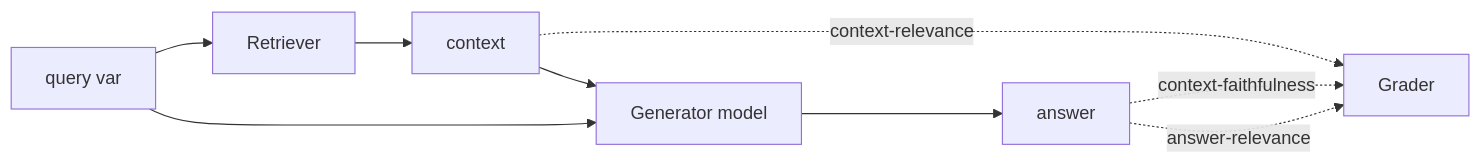
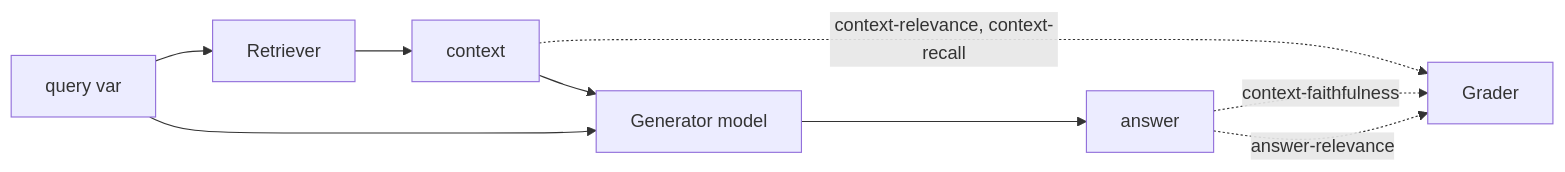
Diagram 23 of 37 in README.md (TheLearningHubOrg/learn-promptfoo), drawn with Mermaid before and after one commit. The commit also changed other lines of this file and 18 other files, not shown here.

````diff
--- a/README.md
+++ b/README.md
@@ -1707,11 +2236,11 @@
 ```mermaid
 flowchart LR
     Q["query var"] --> RET["Retriever"]
     RET --> CTX["context"]
     CTX --> GEN["Generator model"]
     Q --> GEN
     GEN --> ANS["answer"]
-    CTX -. context-relevance .-> J["Grader"]
+    CTX -. context-relevance, context-recall .-> J["Grader"]
     ANS -. context-faithfulness .-> J
     ANS -. answer-relevance .-> J
 ```
````
